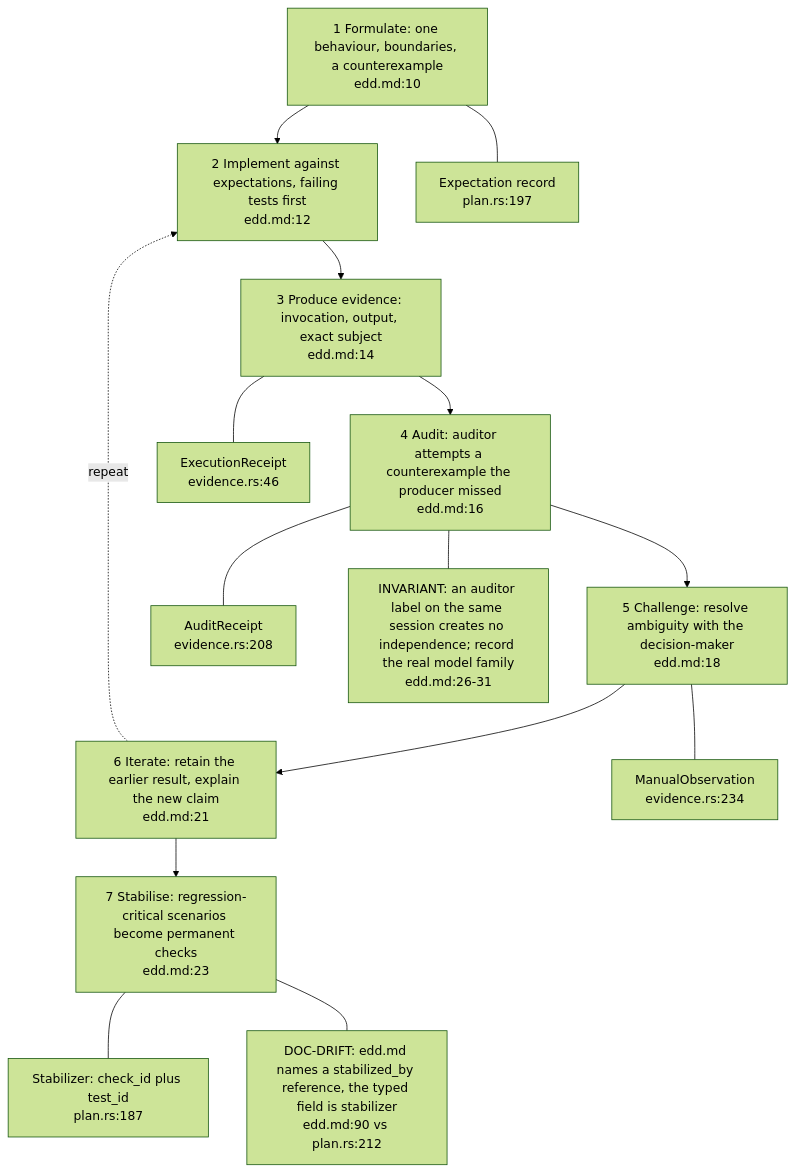
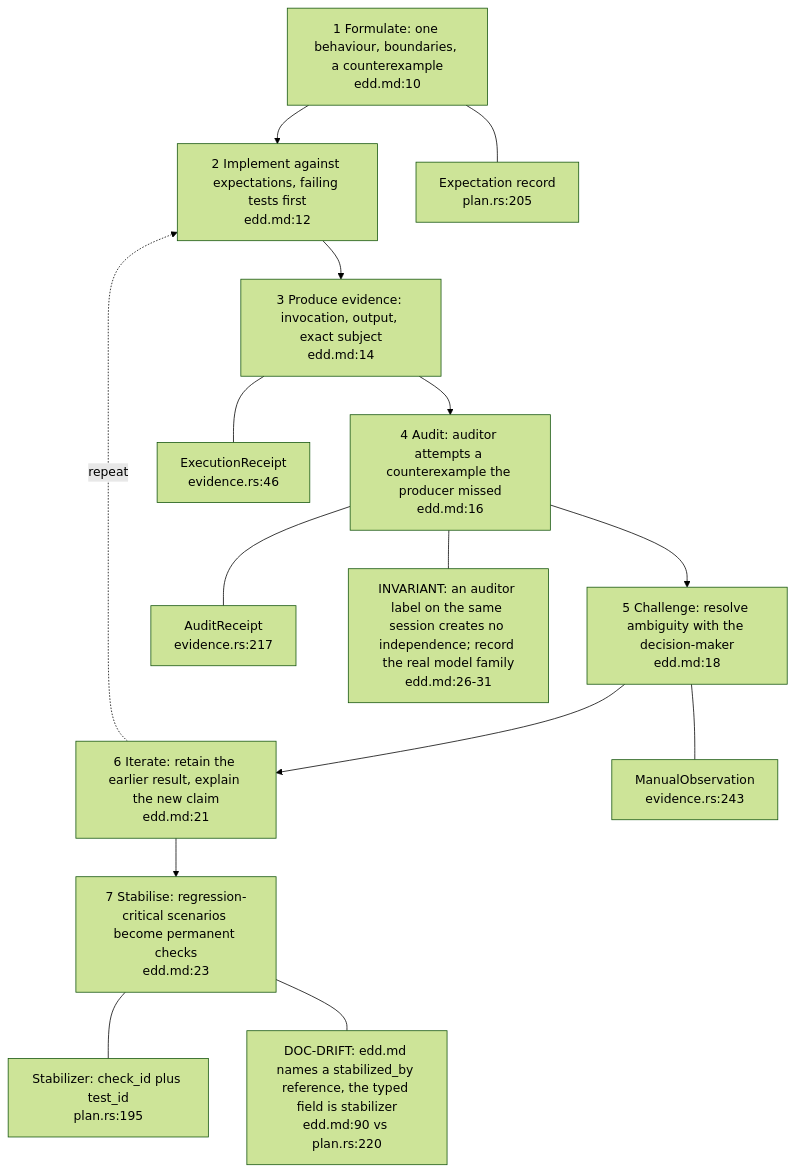
One commit to DreamLab-AI/VisionFlow changed the first of 6 diagrams in docs/diagrams/visioncraft/02-method-lifecycle-expectation-to-gate.md. Above: the diagram before and after it, drawn with Mermaid (forest theme). The commit also changed other lines of this file and 48 other files, not shown here.

Commit message:
docs: reconcile estate repairs and first diagram refresh batch

````diff
--- a/docs/diagrams/visioncraft/02-method-lifecycle-expectation-to-gate.md
+++ b/docs/diagrams/visioncraft/02-method-lifecycle-expectation-to-gate.md
@@ -26,26 +26,26 @@
 ```mermaid
 flowchart TB
     S1["1 Formulate: one behaviour, boundaries, a counterexample<br/>edd.md:10"]
     S2["2 Implement against expectations, failing tests first<br/>edd.md:12"]
     S3["3 Produce evidence: invocation, output, exact subject<br/>edd.md:14"]
     S4["4 Audit: auditor attempts a counterexample the producer missed<br/>edd.md:16"]
     S5["5 Challenge: resolve ambiguity with the decision-maker<br/>edd.md:18"]
     S6["6 Iterate: retain the earlier result, explain the new claim<br/>edd.md:21"]
     S7["7 Stabilise: regression-critical scenarios become permanent checks<br/>edd.md:23"]
-    T1["Expectation record<br/>plan.rs:197"]
+    T1["Expectation record<br/>plan.rs:205"]
     T3["ExecutionReceipt<br/>evidence.rs:46"]
-    T4["AuditReceipt<br/>evidence.rs:208"]
-    T4b["ManualObservation<br/>evidence.rs:234"]
-    T7["Stabilizer: check_id plus test_id<br/>plan.rs:187"]
+    T4["AuditReceipt<br/>evidence.rs:217"]
+    T4b["ManualObservation<br/>evidence.rs:243"]
+    T7["Stabilizer: check_id plus test_id<br/>plan.rs:195"]
     S1 --> S2 --> S3 --> S4 --> S5 --> S6 --> S7
     S6 -. "repeat" .-> S2
     S1 --- T1
     S3 --- T3
     S4 --- T4
     S5 --- T4b
     S7 --- T7
     N1["INVARIANT: an auditor label on the same session creates no independence; record the real model family<br/>edd.md:26-31"]
-    N2["DOC-DRIFT: edd.md names a stabilized_by reference, the typed field is stabilizer<br/>edd.md:90 vs plan.rs:212"]
+    N2["DOC-DRIFT: edd.md names a stabilized_by reference, the typed field is stabilizer<br/>edd.md:90 vs plan.rs:220"]
     S4 --- N1
     S7 --- N2
 ```
````
